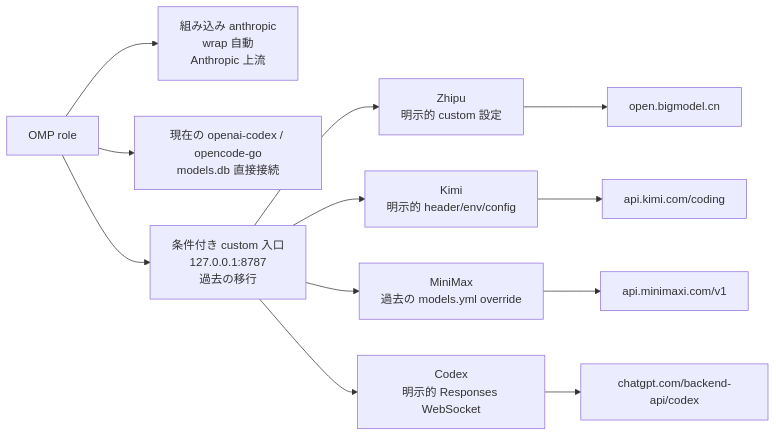
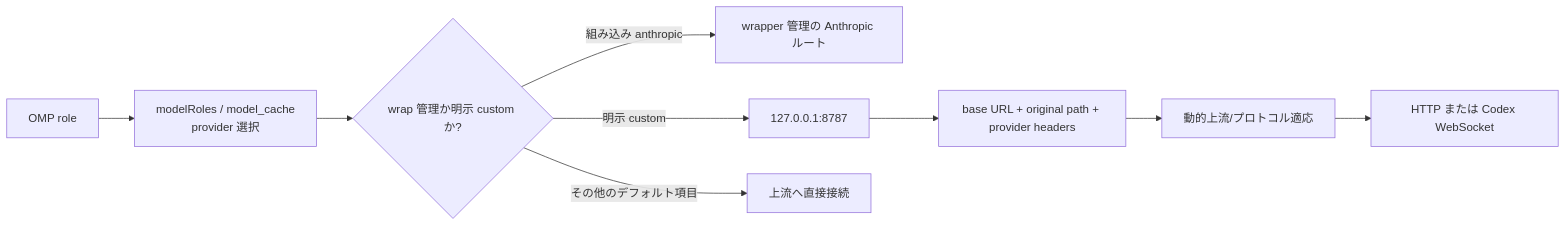
One commit to DavidHLP/DavidHLP.github.io changed the diagram in src/content/note/ja/headroom-single-port-evolution.md. Above: the diagram before and after it, drawn with Mermaid. The commit also changed other lines of this file and 90 other files, not shown here.

````diff
--- a/src/content/note/ja/headroom-single-port-evolution.md
+++ b/src/content/note/ja/headroom-single-port-evolution.md
@@ -69,14 +20,11 @@
 ```mermaid
 flowchart LR
-  A["OMP role"] --> AN["組み込み anthropic<br/>wrap 自動<br/>Anthropic 上流"]
-  A --> D["現在の openai-codex / opencode-go<br/>models.db 直接接続"]
-  A --> H["条件付き custom 入口<br/>127.0.0.1:8787<br/>過去の移行"]
-  H --> Z["Zhipu<br/>明示的 custom 設定"]
-  H --> K["Kimi<br/>明示的 header/env/config"]
-  H --> M["MiniMax<br/>過去の models.yml override"]
-  H --> C["Codex<br/>明示的 Responses WebSocket"]
-  Z --> ZU["open.bigmodel.cn"]
-  K --> KU["api.kimi.com/coding"]
-  M --> MU["api.minimaxi.com/v1"]
-  C --> CU["chatgpt.com/backend-api/codex"]
+  A[OMP role] --> B[modelRoles / model_cache<br/>provider 選択]
+  B --> C{wrap 管理か明示 custom か?}
+  C -- 組み込み anthropic --> D[wrapper 管理の Anthropic ルート]
+  C -- 明示 custom --> E[127.0.0.1:8787]
+  C -- その他のデフォルト項目 --> F[上流へ直接接続]
+  E --> G[base URL + original path + provider headers]
+  G --> H[動的上流/プロトコル適応]
+  H --> I[HTTP または Codex WebSocket]
 ```
````
